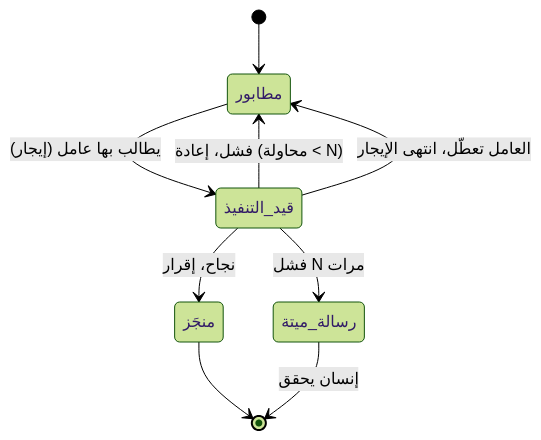
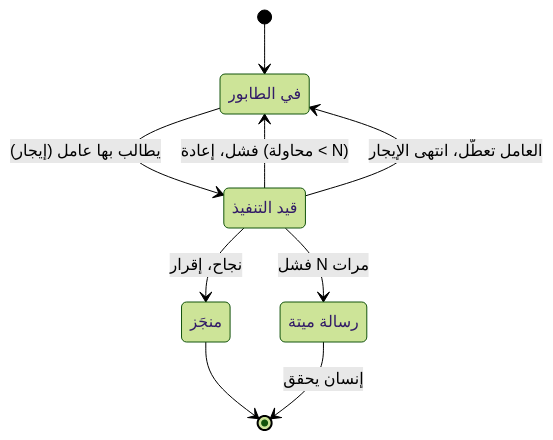
Before and after one commit to Tamoura/system-design-for-vibe-coders: the third of 7 diagrams in modules/10-scaling/module.ar.md, drawn with Mermaid (forest theme). The commit also changed 2 other files, not shown here.

Commit message:
Modules 6 & 9 Arabic complete — all 11 modules bilingual

````diff
--- a/modules/10-scaling/module.ar.md
+++ b/modules/10-scaling/module.ar.md
@@ -189,11 +189,15 @@
 ```mermaid
 stateDiagram-v2
-    [*] --> مطابور
-    مطابور --> قيد_التنفيذ: يطالب بها عامل (إيجار)
-    قيد_التنفيذ --> منجَز: نجاح، إقرار
-    قيد_التنفيذ --> مطابور: فشل، إعادة (محاولة < N)
-    قيد_التنفيذ --> رسالة_ميتة: فشل N مرات
-    قيد_التنفيذ --> مطابور: العامل تعطّل، انتهى الإيجار
-    منجَز --> [*]
-    رسالة_ميتة --> [*]: إنسان يحقق
+    state "في الطابور" as Q
+    state "قيد التنفيذ" as P
+    state "منجَز" as D
+    state "رسالة ميتة" as DL
+    [*] --> Q
+    Q --> P: يطالب بها عامل (إيجار)
+    P --> D: نجاح، إقرار
+    P --> Q: فشل، إعادة (محاولة < N)
+    P --> DL: فشل N مرات
+    P --> Q: العامل تعطّل، انتهى الإيجار
+    D --> [*]
+    DL --> [*]: إنسان يحقق
 ```
````
